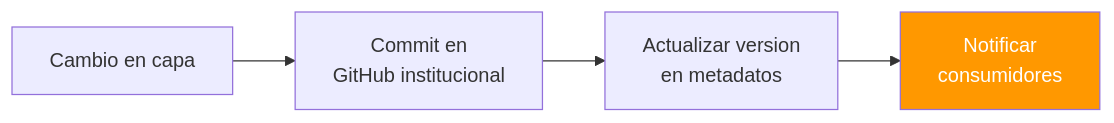
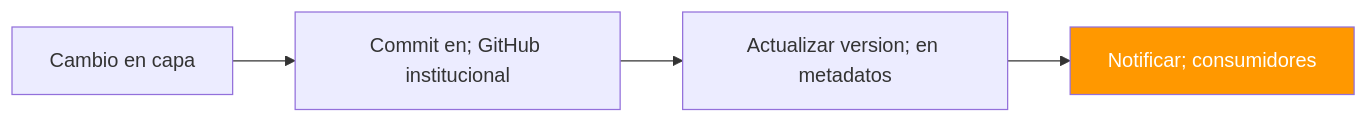
The sixth of 7 diagrams in KNOWLEDGE/gn/kb/bpmn-geoespacial-ide.md (felix-antonio-sl/kora), drawn with Mermaid before and after one commit. The commit also changed other lines of this file and 1034 other files, not shown here.

````diff
--- a/KNOWLEDGE/gn/kb/bpmn-geoespacial-ide.md
+++ b/KNOWLEDGE/gn/kb/bpmn-geoespacial-ide.md
@@ -212,8 +222,8 @@
 ```mermaid
 flowchart LR
-    A["Cambio en capa"] --> B["Commit en<br/>GitHub institucional"]
-    B --> C["Actualizar version<br/>en metadatos"]
-    C --> D["Notificar<br/>consumidores"]
+ A["Cambio en capa"] --> B["Commit en; GitHub institucional"]
+ B --> C["Actualizar version; en metadatos"]
+ C --> D["Notificar; consumidores"]
 
-    style D fill:#FF9800,color:#fff
+ style D fill:#FF9800,color:#fff
 ```
````
